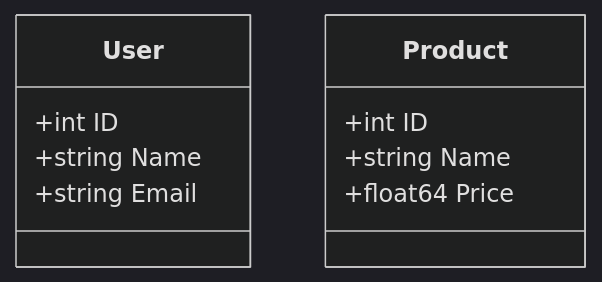
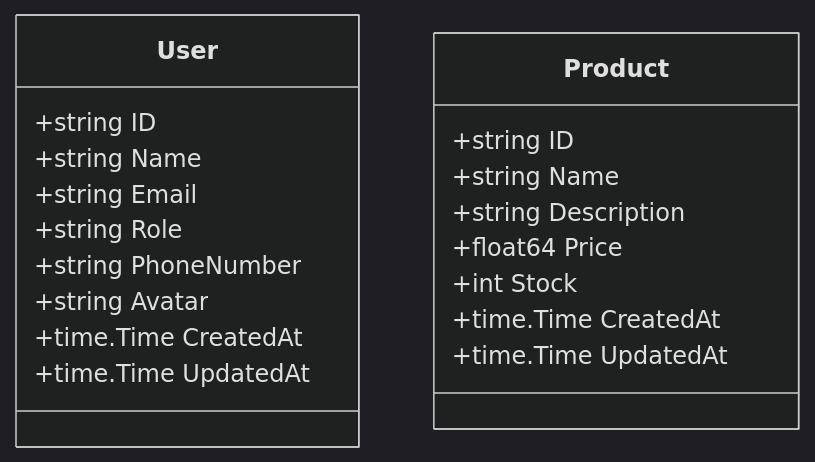
Before and after one commit to gamefiend/doc-agent-demo: the diagram in docs/DATA_MODELS.md, drawn with Mermaid (dark theme). The commit also changed other lines of this file and 4 other files, not shown here.

````diff
--- a/docs/DATA_MODELS.md
+++ b/docs/DATA_MODELS.md
@@ -111,14 +160,23 @@
 ```mermaid
 classDiagram
     class User {
-        +int ID
+        +string ID
         +string Name
         +string Email
+        +string Role
+        +string PhoneNumber
+        +string Avatar
+        +time.Time CreatedAt
+        +time.Time UpdatedAt
     }
 
     class Product {
-        +int ID
+        +string ID
         +string Name
+        +string Description
         +float64 Price
+        +int Stock
+        +time.Time CreatedAt
+        +time.Time UpdatedAt
     }
 ```
````
